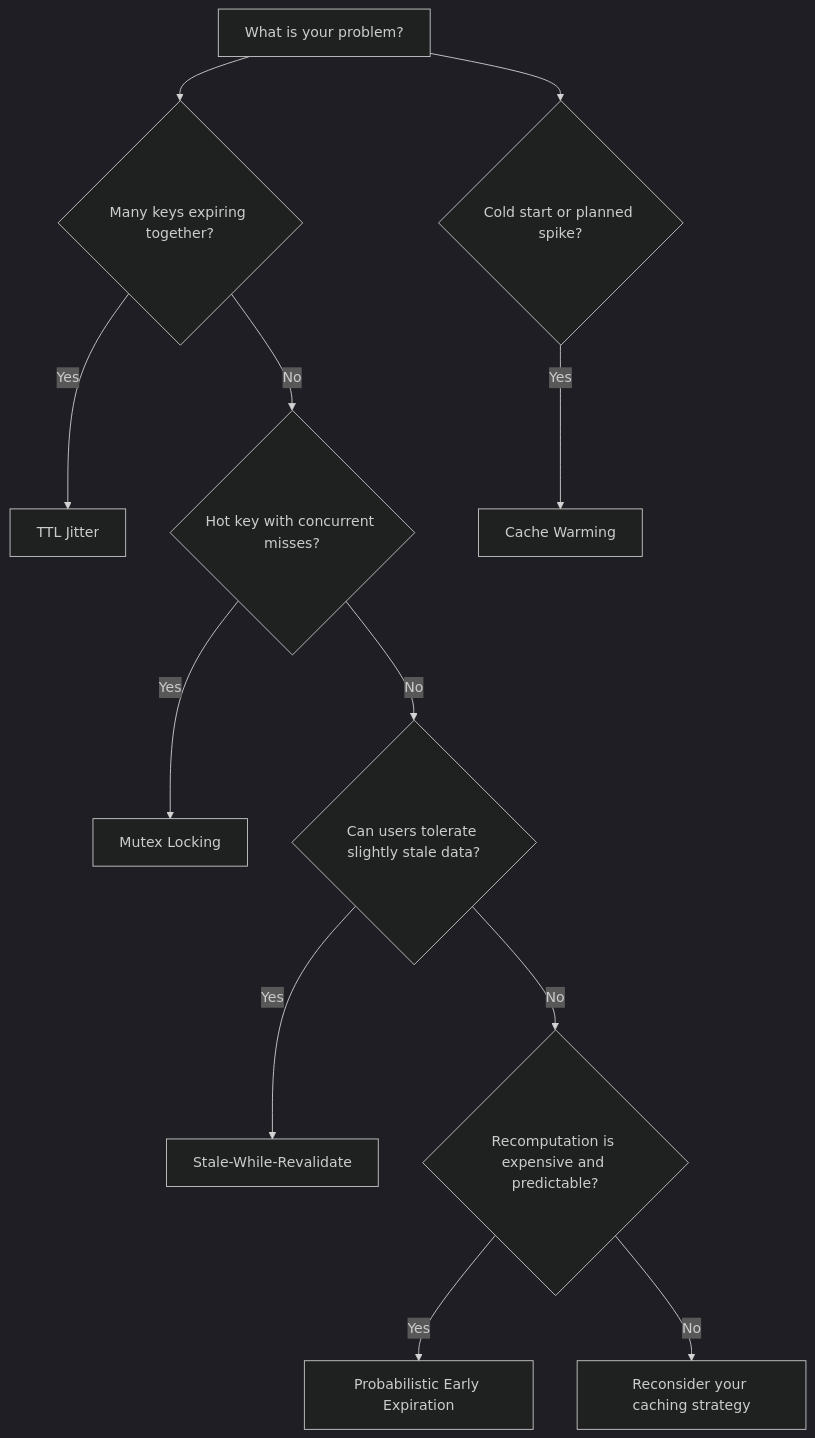
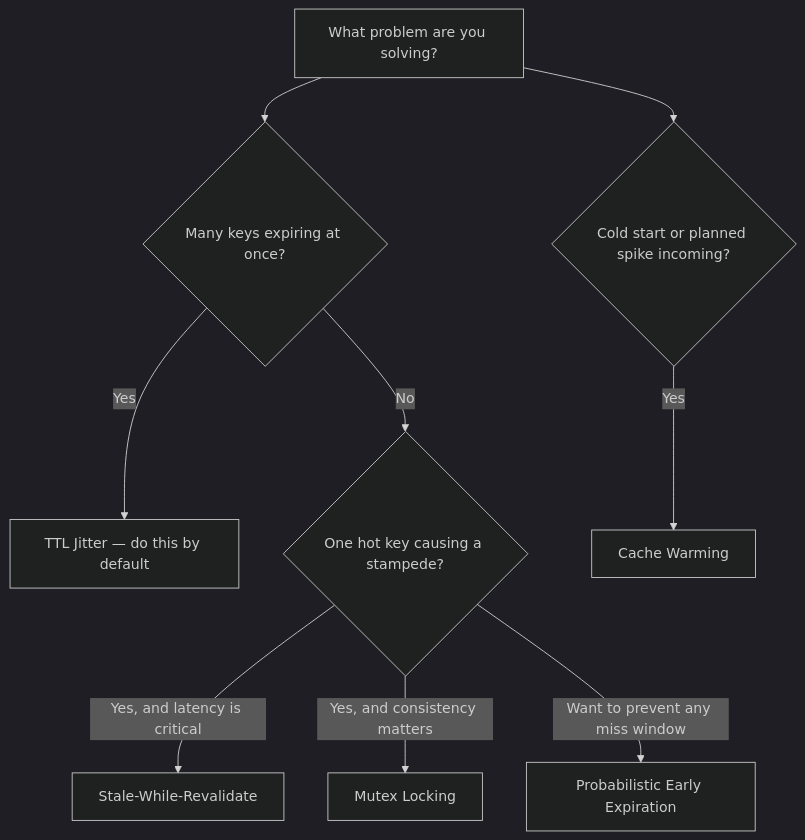
The seventh of 7 diagrams in content/posts/39-caching-strategies.md (g-savitha/portfolio), drawn with Mermaid (dark theme) before and after one commit. The commit also changed other lines of this file, not shown here.

````diff
--- a/content/posts/39-caching-strategies.md
+++ b/content/posts/39-caching-strategies.md
@@ -210,14 +404,11 @@
 ```mermaid
 flowchart TD
-    P[What is your problem?] --> A{Many keys expiring together?}
-    A -->|Yes| J[TTL Jitter]
-    A -->|No| B{Hot key with concurrent misses?}
-    B -->|Yes| M[Mutex Locking]
-    B -->|No| C{Can users tolerate slightly stale data?}
-    C -->|Yes| S[Stale-While-Revalidate]
-    C -->|No| D{Recomputation is expensive and predictable?}
-    D -->|Yes| PR[Probabilistic Early Expiration]
-    D -->|No| DB[Reconsider your caching strategy]
-    P --> E{Cold start or planned spike?}
+    Start[What problem are you solving?] --> A{Many keys expiring at once?}
+    A -->|Yes| J[TTL Jitter — do this by default]
+    A -->|No| B{One hot key causing a stampede?}
+    B -->|Yes, and latency is critical| S[Stale-While-Revalidate]
+    B -->|Yes, and consistency matters| M[Mutex Locking]
+    B -->|Want to prevent any miss window| P[Probabilistic Early Expiration]
+    Start --> E{Cold start or planned spike incoming?}
     E -->|Yes| W[Cache Warming]
 ```
````
